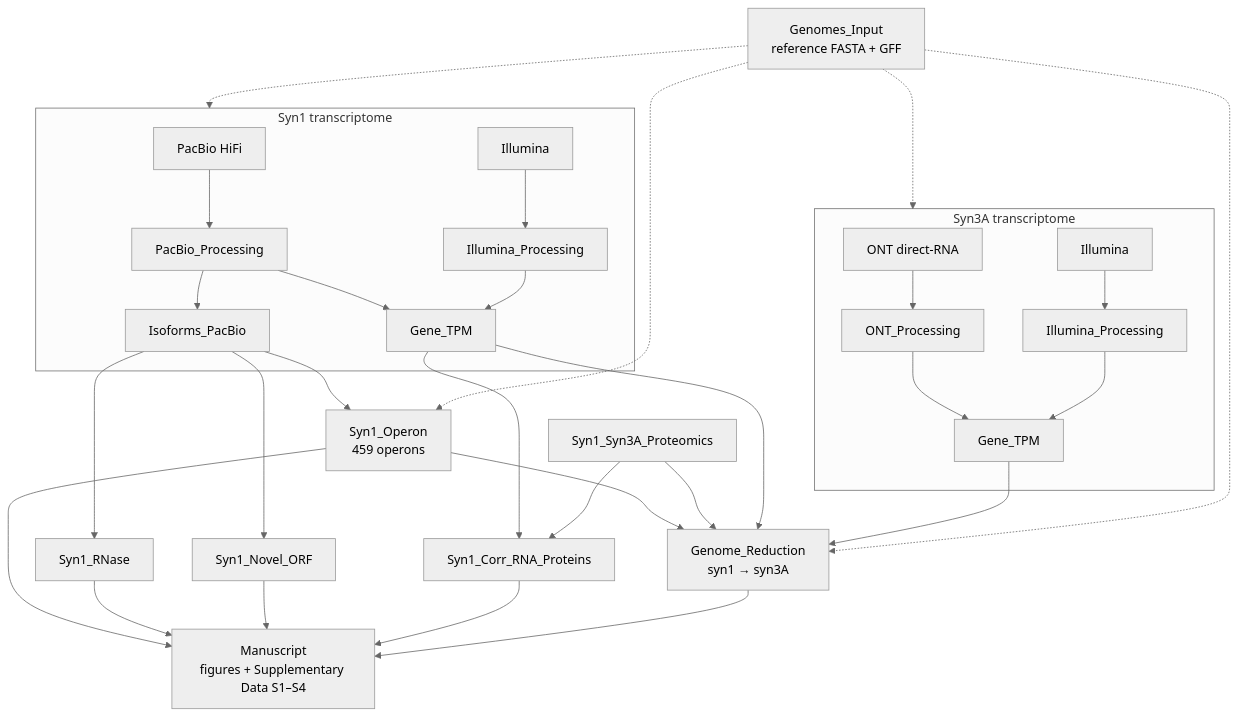
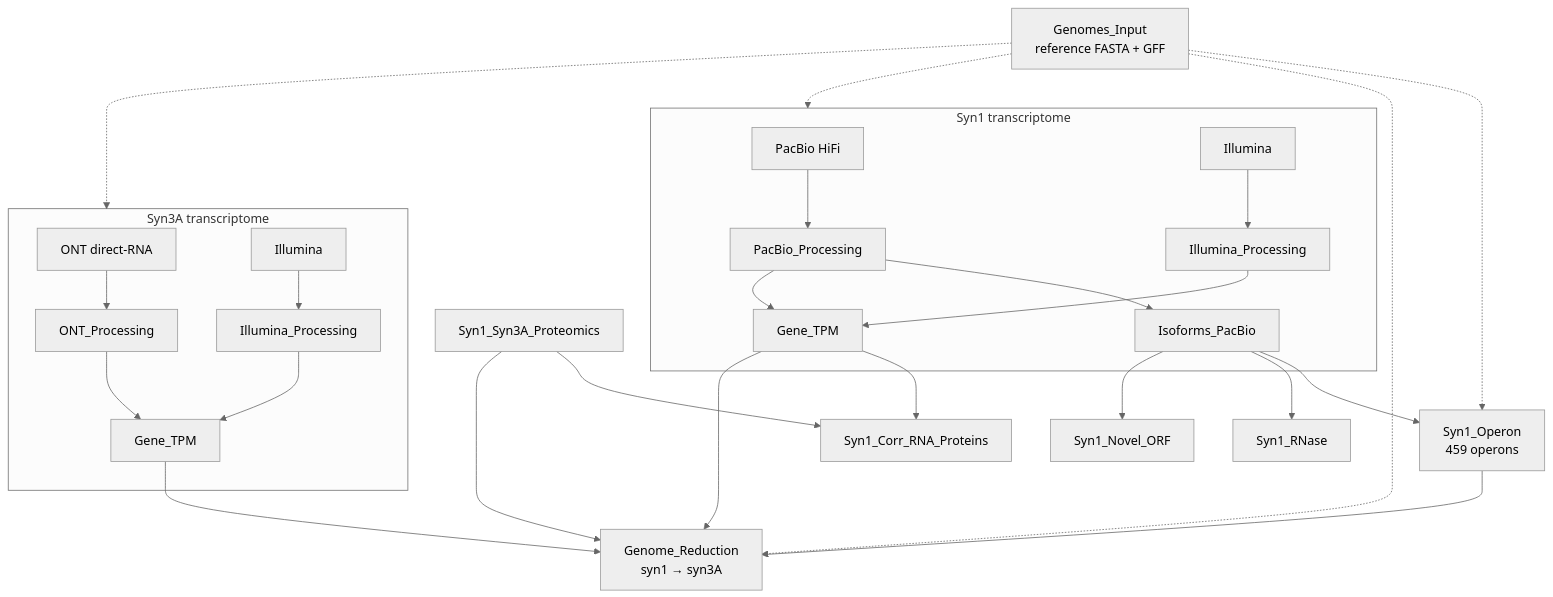
The diagram in README.md (enguangfu/Minimal_Cells_Transcriptomics_Proteomics), drawn with Mermaid (neutral theme) before and after one commit. The commit also changed other lines of this file, not shown here.

Commit message:
remove Manuscript from README.md

````diff
--- a/README.md
+++ b/README.md
@@ -57,41 +56,35 @@
 ```mermaid
 flowchart TD
     GEN["Genomes_Input<br/>reference FASTA + GFF"]
 
     subgraph SYN1["Syn1 transcriptome"]
         PB["PacBio HiFi"] --> PBP["PacBio_Processing"] --> ISO["Isoforms_PacBio"]
         ILL1["Illumina"] --> ILP1["Illumina_Processing"]
         PBP --> TPM1["Gene_TPM"]
         ILP1 --> TPM1
     end
 
     subgraph SYN3["Syn3A transcriptome"]
         ONT["ONT direct-RNA"] --> ONTP["ONT_Processing"]
         ILL3["Illumina"] --> ILP3["Illumina_Processing"]
         ONTP --> TPM3["Gene_TPM"]
         ILP3 --> TPM3
     end
 
     PROT["Syn1_Syn3A_Proteomics"]
 
     ISO --> OPN["Syn1_Operon<br/>459 operons"]
     ISO --> RNASE["Syn1_RNase"]
     ISO --> NOV["Syn1_Novel_ORF"]
     TPM1 --> CORR["Syn1_Corr_RNA_Proteins"]
     PROT --> CORR
     OPN --> GR["Genome_Reduction<br/>syn1 → syn3A"]
     PROT --> GR
     TPM1 --> GR
     TPM3 --> GR
 
-    OPN --> MS["Manuscript<br/>figures + Supplementary Data S1–S4"]
-    RNASE --> MS
-    NOV --> MS
-    CORR --> MS
-    GR --> MS
-
     GEN -.-> SYN1
     GEN -.-> SYN3
     GEN -.-> OPN
     GEN -.-> GR
 ```
````
